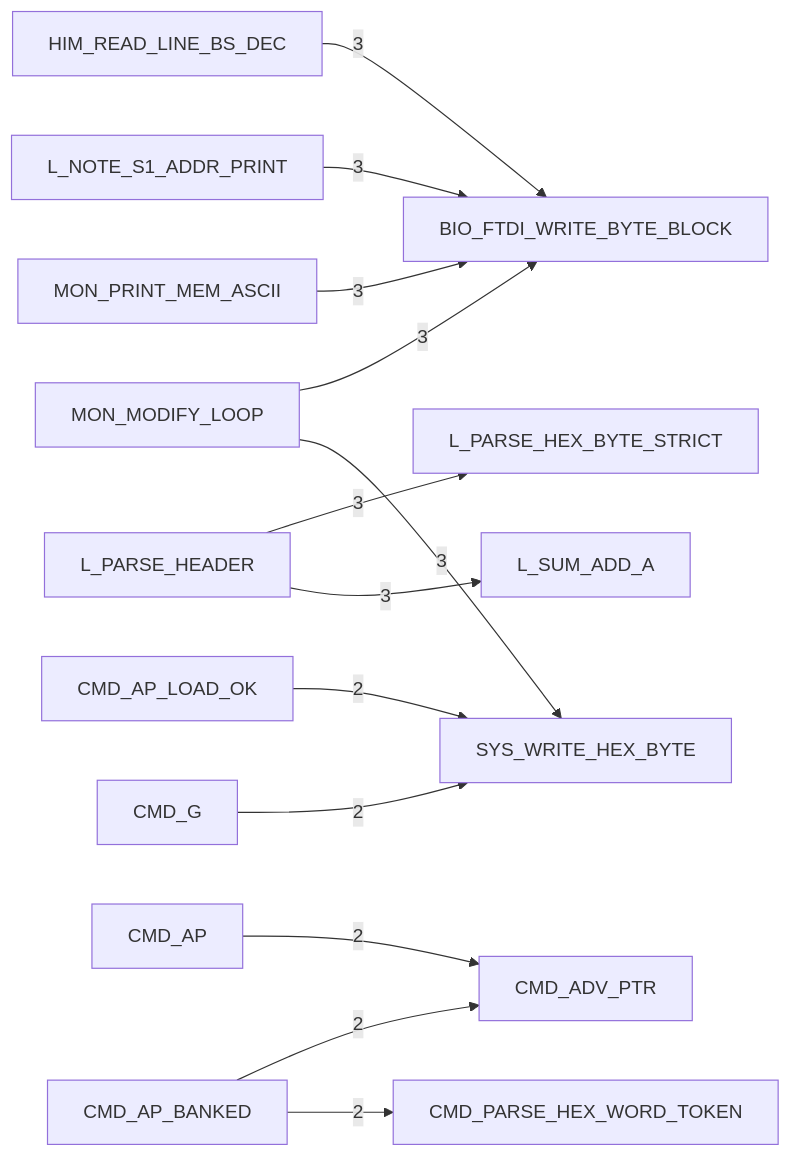
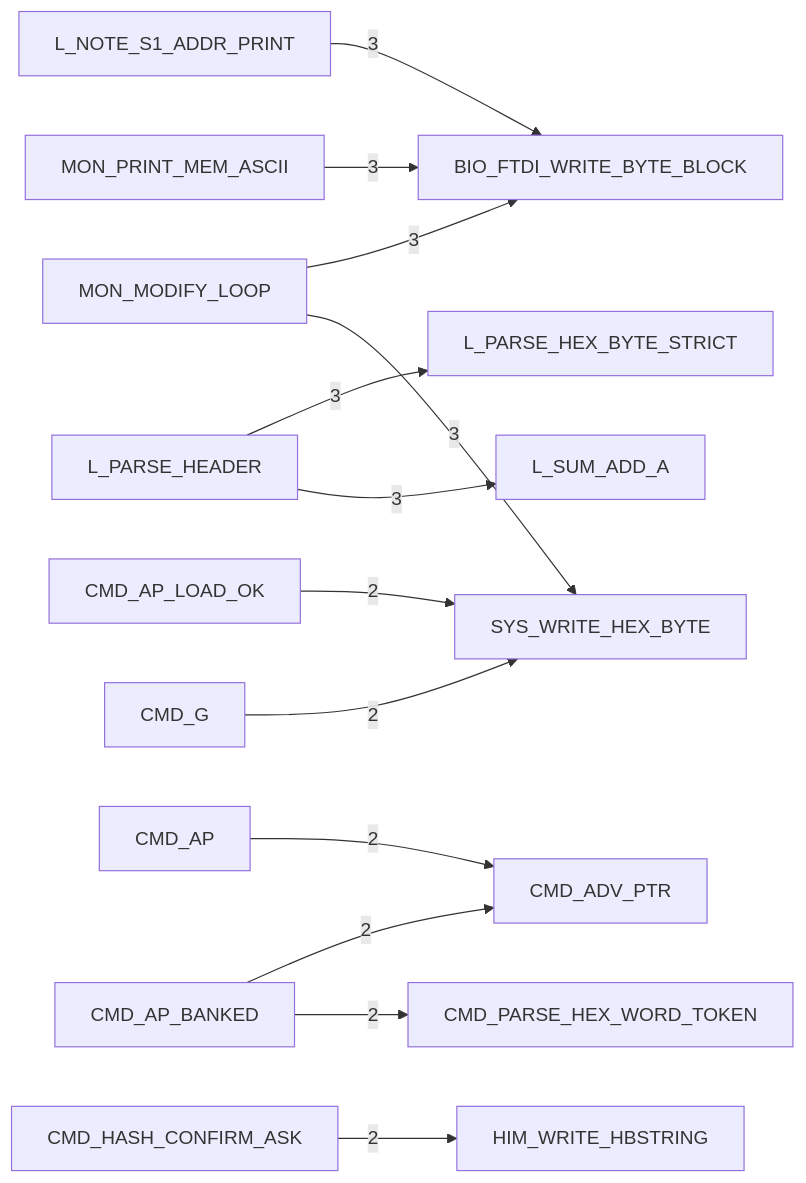
The third of 6 diagrams in DOC/GENERATED/HIMON_ROUTINE_TREE.md (95westus/R-YORS), drawn with Mermaid before and after one commit. The commit also changed other lines of this file and 45 other files, not shown here.

````diff
--- a/DOC/GENERATED/HIMON_ROUTINE_TREE.md
+++ b/DOC/GENERATED/HIMON_ROUTINE_TREE.md
@@ -44,15 +44,15 @@
 ```mermaid
 flowchart LR
-    N_HIM_READ_LINE_BS_DEC[HIM_READ_LINE_BS_DEC] -->|3| N_BIO_FTDI_WRITE_BYTE_BLOCK[BIO_FTDI_WRITE_BYTE_BLOCK]
     N_L_NOTE_S1_ADDR_PRINT[L_NOTE_S1_ADDR_PRINT] -->|3| N_BIO_FTDI_WRITE_BYTE_BLOCK[BIO_FTDI_WRITE_BYTE_BLOCK]
     N_L_PARSE_HEADER[L_PARSE_HEADER] -->|3| N_L_PARSE_HEX_BYTE_STRICT[L_PARSE_HEX_BYTE_STRICT]
     N_L_PARSE_HEADER[L_PARSE_HEADER] -->|3| N_L_SUM_ADD_A[L_SUM_ADD_A]
     N_MON_MODIFY_LOOP[MON_MODIFY_LOOP] -->|3| N_BIO_FTDI_WRITE_BYTE_BLOCK[BIO_FTDI_WRITE_BYTE_BLOCK]
     N_MON_MODIFY_LOOP[MON_MODIFY_LOOP] -->|3| N_SYS_WRITE_HEX_BYTE[SYS_WRITE_HEX_BYTE]
     N_MON_PRINT_MEM_ASCII[MON_PRINT_MEM_ASCII] -->|3| N_BIO_FTDI_WRITE_BYTE_BLOCK[BIO_FTDI_WRITE_BYTE_BLOCK]
     N_CMD_AP[CMD_AP] -->|2| N_CMD_ADV_PTR[CMD_ADV_PTR]
     N_CMD_AP_BANKED[CMD_AP_BANKED] -->|2| N_CMD_ADV_PTR[CMD_ADV_PTR]
     N_CMD_AP_BANKED[CMD_AP_BANKED] -->|2| N_CMD_PARSE_HEX_WORD_TOKEN[CMD_PARSE_HEX_WORD_TOKEN]
     N_CMD_AP_LOAD_OK[CMD_AP_LOAD_OK] -->|2| N_SYS_WRITE_HEX_BYTE[SYS_WRITE_HEX_BYTE]
     N_CMD_G[CMD_G] -->|2| N_SYS_WRITE_HEX_BYTE[SYS_WRITE_HEX_BYTE]
+    N_CMD_HASH_CONFIRM_ASK[CMD_HASH_CONFIRM_ASK] -->|2| N_HIM_WRITE_HBSTRING[HIM_WRITE_HBSTRING]
 ```
````
